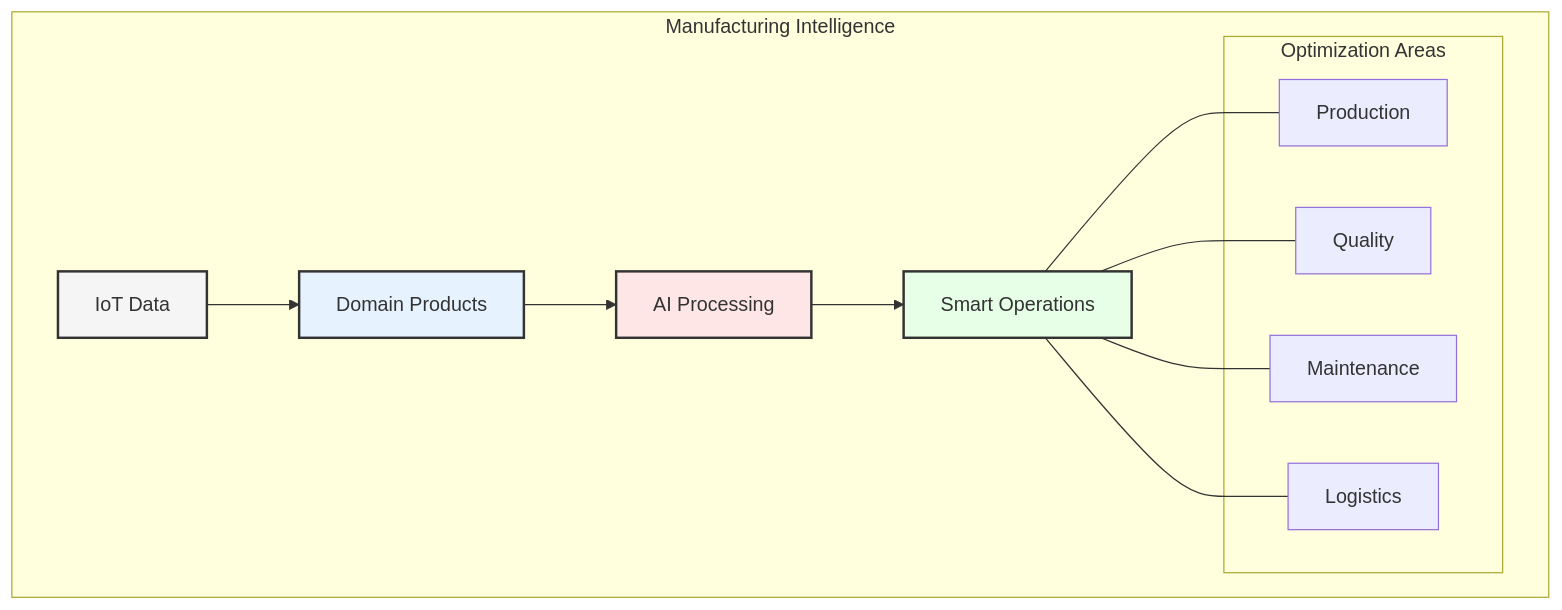
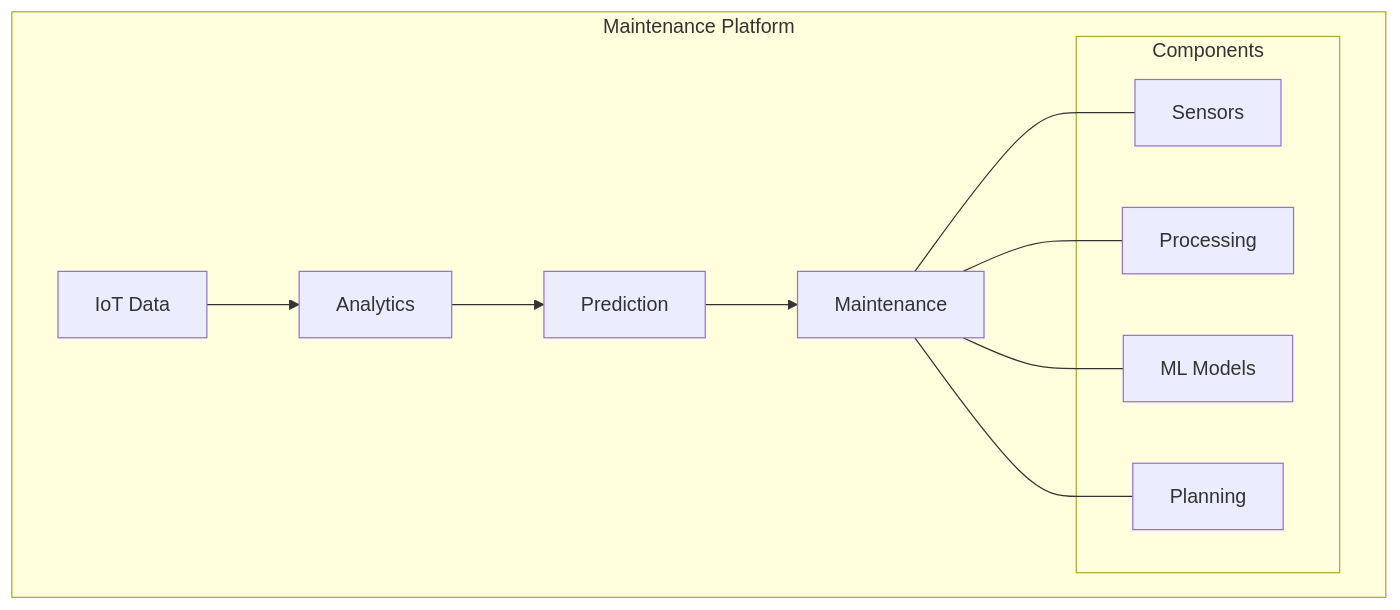
One commit to data-octo/agentic_ai_research changed the fifth of 7 diagrams in enterprise_data_architecture/chapters/09_case_studies.md. Above: the diagram before and after it, drawn with Mermaid. The commit also changed other lines of this file and 11 other files, not shown here.

````diff
--- a/enterprise_data_architecture/chapters/09_case_studies.md
+++ b/enterprise_data_architecture/chapters/09_case_studies.md
@@ -218,25 +229,20 @@
 ```mermaid
 graph TB
-    subgraph "Manufacturing Intelligence"
-        A[IoT Data] --> B[Domain Products]
-        B --> C[AI Processing]
-        C --> D[Smart Operations]
+    subgraph "Maintenance Platform"
+        A[IoT Data] --> B[Analytics]
+        B --> C[Prediction]
+        C --> D[Maintenance]
         
-        subgraph "Optimization Areas"
-            E[Production]
-            F[Quality]
-            G[Maintenance]
-            H[Logistics]
+        subgraph "Components"
+            E[Sensors]
+            F[Processing]
+            G[ML Models]
+            H[Planning]
         end
         
         D --- E
         D --- F
         D --- G
         D --- H
     end
-    
-    style A fill:#f5f5f5,stroke:#333,stroke-width:2px
-    style B fill:#e6f3ff,stroke:#333,stroke-width:2px
-    style C fill:#ffe6e6,stroke:#333,stroke-width:2px
-    style D fill:#e6ffe6,stroke:#333,stroke-width:2px
 ```
````
